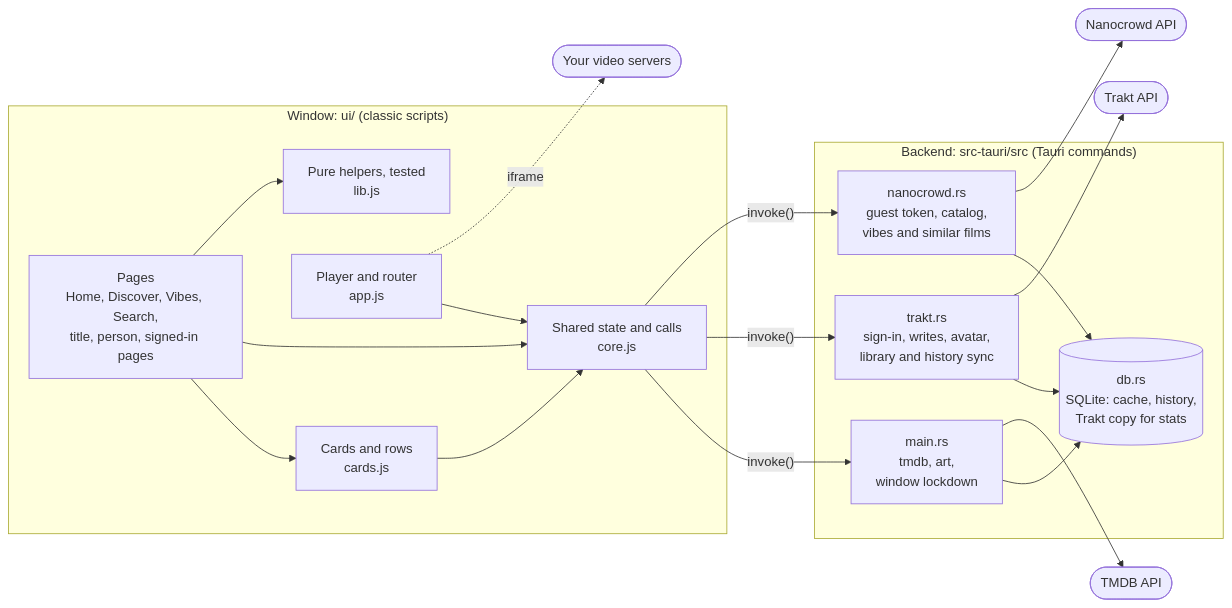
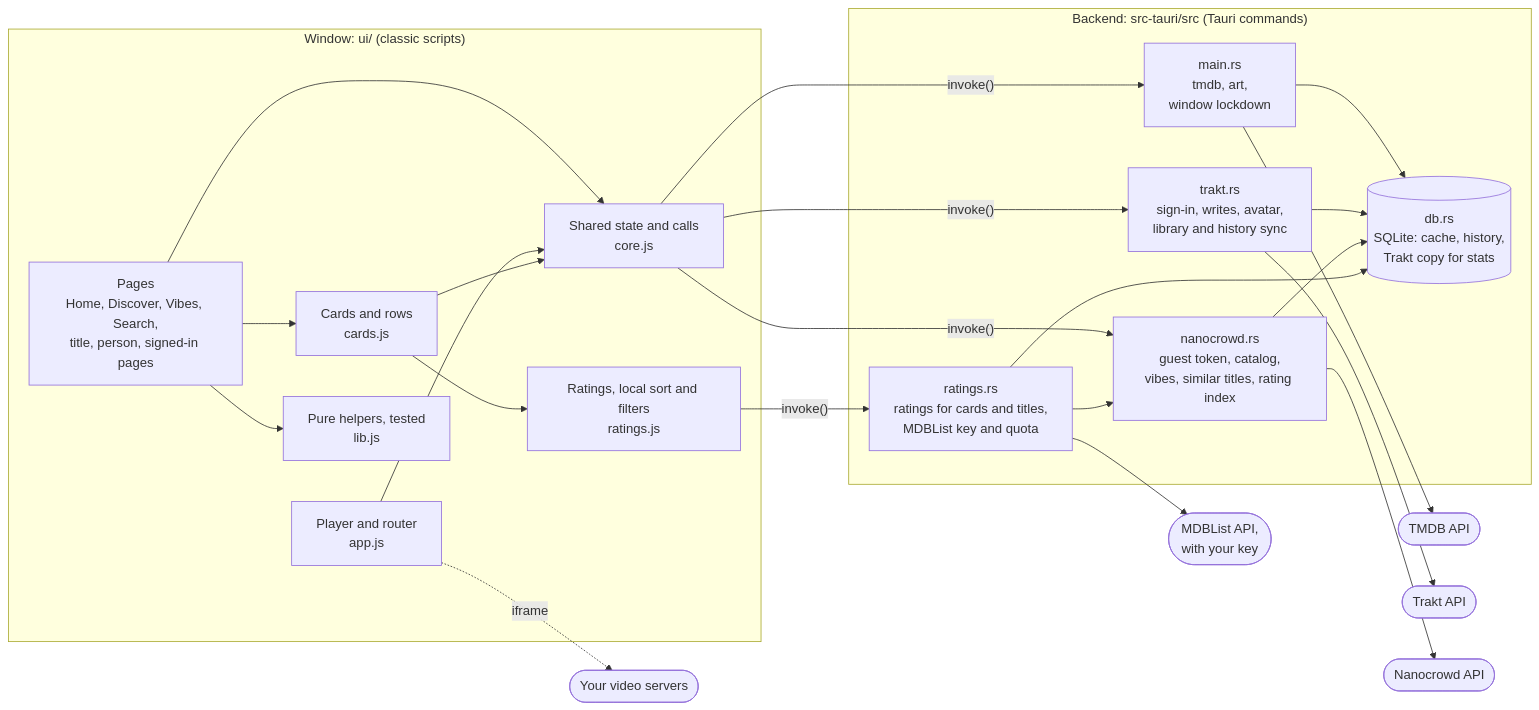
The first of 2 diagrams in README.md (abusayed0206/filmie), drawn with Mermaid before and after one commit. The commit also changed other lines of this file and 28 other files, not shown here.

````diff
--- a/README.md
+++ b/README.md
@@ -99,33 +101,40 @@
 ```mermaid
 flowchart LR
   subgraph UI["Window: ui/ (classic scripts)"]
     Pages["Pages<br/>Home, Discover, Vibes, Search,<br/>title, person, signed-in pages"]
     Cards["Cards and rows<br/>cards.js"]
     Player["Player and router<br/>app.js"]
     Core["Shared state and calls<br/>core.js"]
     Lib["Pure helpers, tested<br/>lib.js"]
+    Ratings["Ratings, local sort and filters<br/>ratings.js"]
   end
 
   subgraph Rust["Backend: src-tauri/src (Tauri commands)"]
     Main["main.rs<br/>tmdb, art,<br/>window lockdown"]
     Trakt["trakt.rs<br/>sign-in, writes, avatar,<br/>library and history sync"]
-    Nano["nanocrowd.rs<br/>guest token, catalog,<br/>vibes and similar films"]
+    Nano["nanocrowd.rs<br/>guest token, catalog,<br/>vibes, similar titles, rating index"]
+    Rate["ratings.rs<br/>ratings for cards and titles,<br/>MDBList key and quota"]
     Db[("db.rs<br/>SQLite: cache, history,<br/>Trakt copy for stats")]
   end
 
   Pages --> Cards
   Pages --> Core
   Player --> Core
   Cards --> Core
   Pages --> Lib
+  Cards --> Ratings
   Core -- "invoke()" --> Main
   Core -- "invoke()" --> Trakt
   Core -- "invoke()" --> Nano
+  Ratings -- "invoke()" --> Rate
+  Rate --> Nano
   Main --> Db
   Trakt --> Db
   Nano --> Db
+  Rate --> Db
+  Rate --> MDB(["MDBList API,<br/>with your key"])
   Main --> TMDB(["TMDB API"])
   Trakt --> TraktAPI(["Trakt API"])
   Nano --> NC(["Nanocrowd API"])
   Player -. "iframe" .-> Servers(["Your video servers"])
 ```
````
